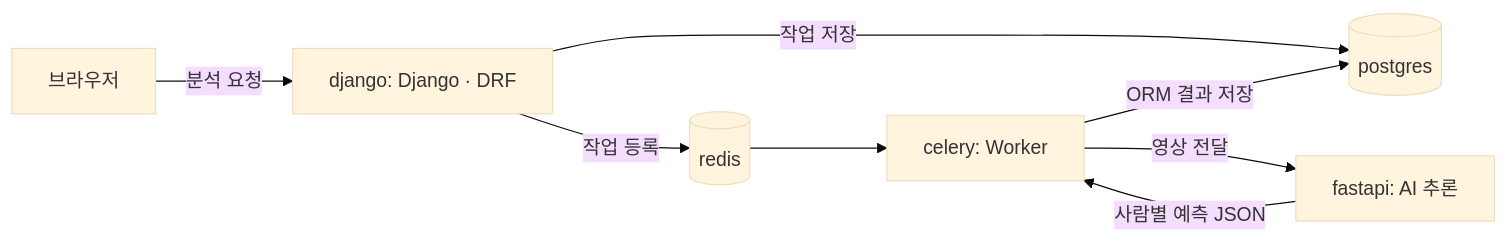
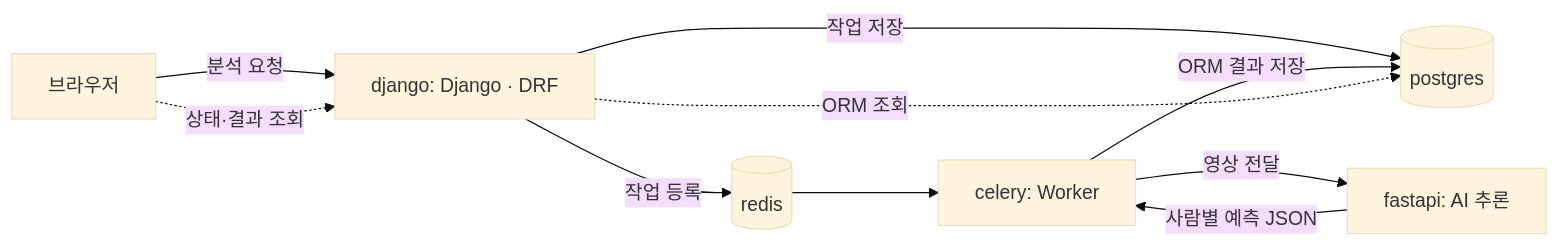
Before and after one commit to simpson92/vision_action_platform: the first of 2 diagrams in README.md, drawn with Mermaid (base theme). The commit also changed other lines of this file, not shown here.

````diff
--- a/README.md
+++ b/README.md
@@ -47,10 +47,12 @@
 ```mermaid
 flowchart LR
     B[브라우저] -->|분석 요청| D[django: Django · DRF]
     D -->|작업 저장| P[(postgres)]
     D -->|작업 등록| R[(redis)]
     R --> C[celery: Worker]
     C -->|영상 전달| F[fastapi: AI 추론]
     F -->|사람별 예측 JSON| C
     C -->|ORM 결과 저장| P
+    B -.->|상태·결과 조회| D
+    D -.->|ORM 조회| P
 ```
````
